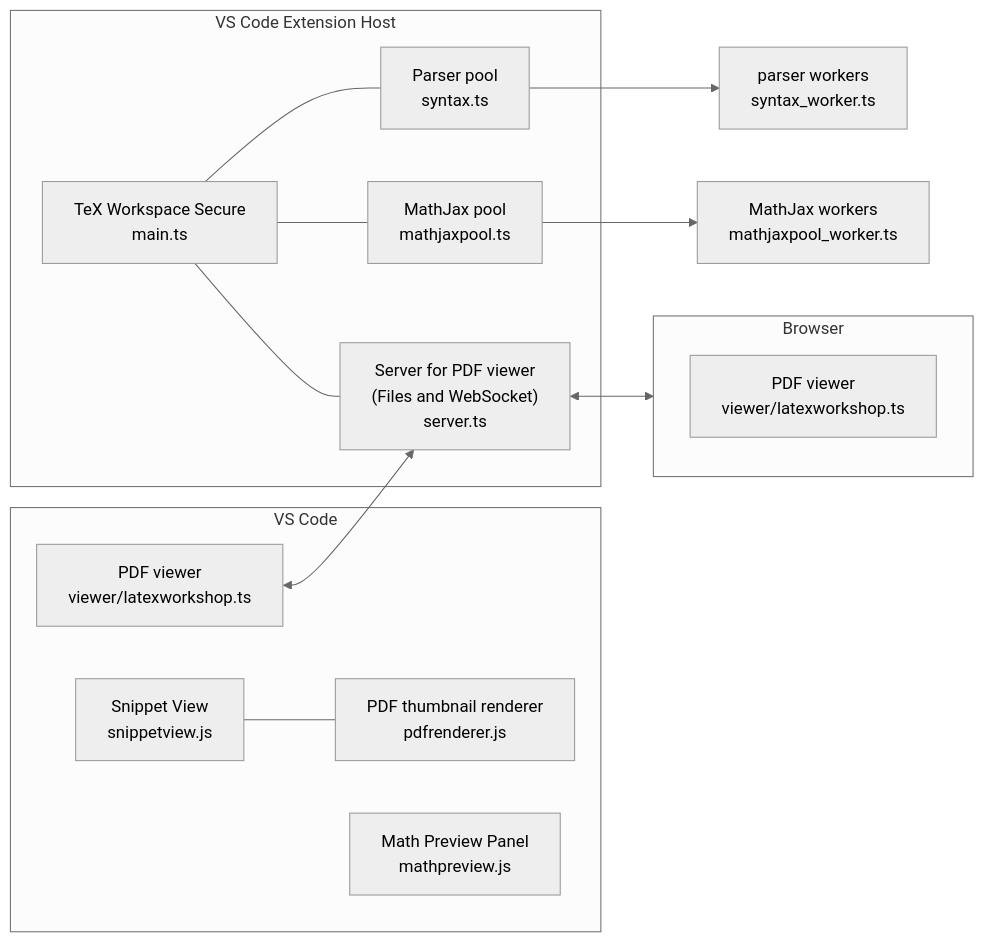
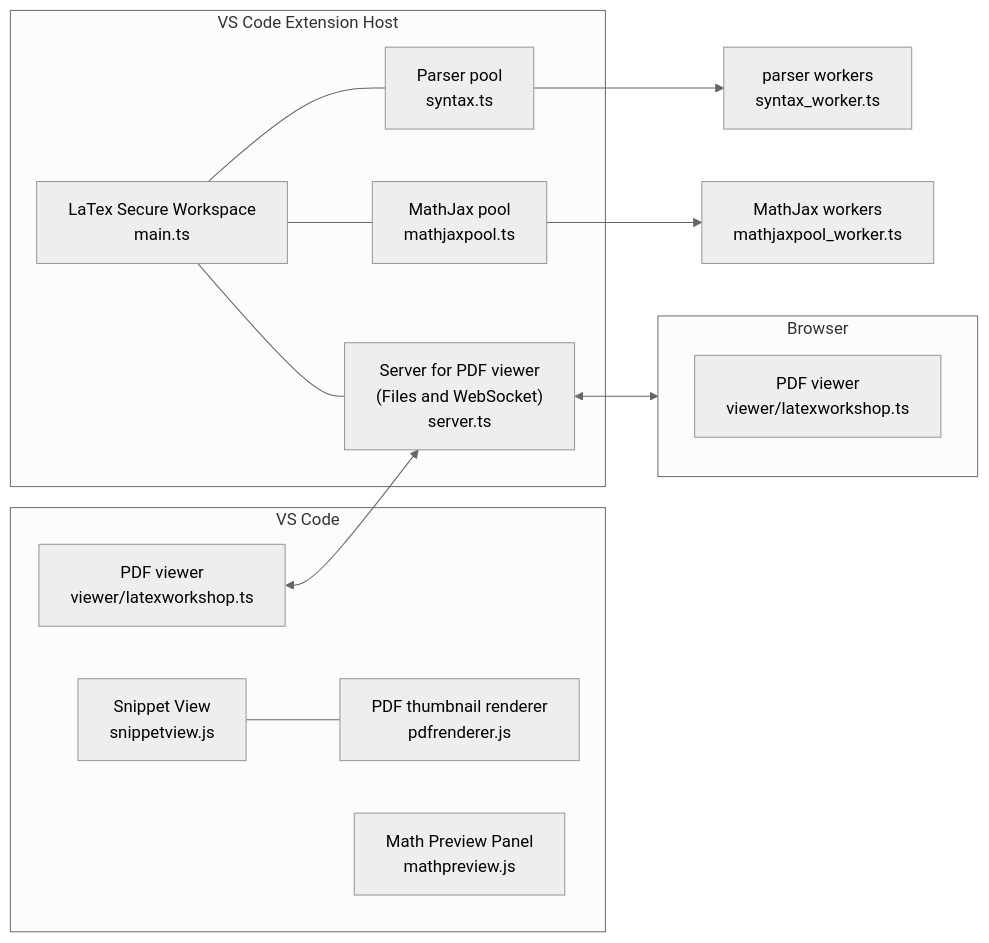
One commit to James-Yu/LaTeX-Workshop changed the first of 2 diagrams in src/README.md. Above: the diagram before and after it, drawn with Mermaid (neutral theme). The commit also changed other lines of this file and 35 other files, not shown here.

````diff
--- a/src/README.md
+++ b/src/README.md
@@ -33,32 +33,32 @@
 ```mermaid
 flowchart LR
   subgraph VSCode["VS Code"]
     PDFViewer["PDF viewer\n viewer/latexworkshop.ts"]
     SnippetView["Snippet View\n snippetview.js"] --- PDFRenderer["PDF thumbnail renderer\n pdfrenderer.js"]
     MathPreview["Math Preview Panel\n mathpreview.js"]
   end
   subgraph ExtensionHost["VS Code Extension Host"]
-    LW["TeX Workspace Secure\n main.ts"]
+    LW["LaTex Secure Workspace\n main.ts"]
     LW --- Server["Server for PDF viewer \n(Files and WebSocket)\n server.ts "];
     LW --- ParserPool["Parser pool\n syntax.ts"]
     LW --- MathJaxPool["MathJax pool\n mathjaxpool.ts"]
   end
   PDFViewer <--> Server
   Server <--> Browser
   subgraph Browser
     PDFViewerB["PDF viewer\n viewer/latexworkshop.ts"]
   end
   ParserPool --> ParserWorkers["parser workers\n syntax_worker.ts"]
   MathJaxPool --> MathJaxWorkers["MathJax workers\n mathjaxpool_worker.ts "]
   click PDFViewer "https://github.com/James-Yu/LaTeX-Workshop/blob/master/viewer/latexworkshop.ts"
   click PDFViewerB "https://github.com/James-Yu/LaTeX-Workshop/blob/master/viewer/latexworkshop.ts"
   click SnippetView "https://github.com/James-Yu/LaTeX-Workshop/blob/master/resources/snippetview/snippetview.js"
   click PDFRenderer "https://github.com/James-Yu/LaTeX-Workshop/blob/master/resources/snippetview/pdfrenderer.js"
   click MathPreview "https://github.com/James-Yu/LaTeX-Workshop/blob/master/resources/mathpreviewpanel/mathpreview.js"
   click LW "https://github.com/James-Yu/LaTeX-Workshop/blob/master/src/main.ts"
   click Server "https://github.com/James-Yu/LaTeX-Workshop/blob/master/src/components/server.ts"
   click ParserPool "https://github.com/James-Yu/LaTeX-Workshop/blob/master/src/components/parser/syntax.ts"
   click MathJaxPool "https://github.com/James-Yu/LaTeX-Workshop/blob/master/src/providers/preview/mathjaxpool.ts"
   click ParserWorkers "https://github.com/James-Yu/LaTeX-Workshop/blob/master/src/components/parser/syntax_worker.ts"
   click MathJaxWorkers "https://github.com/James-Yu/LaTeX-Workshop/blob/master/src/providers/preview/mathjaxpool_worker.ts"
 ```
````
